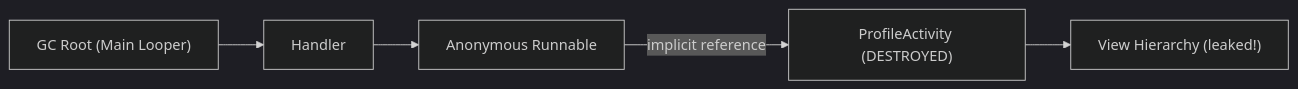
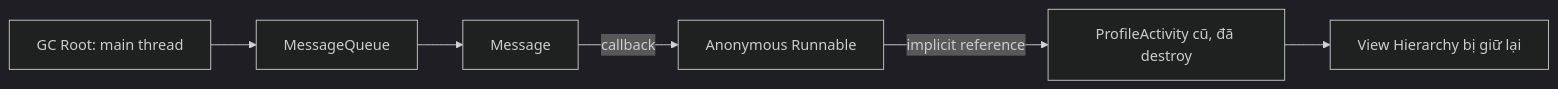
Before and after one commit to h1eu/knowledge: the third of 4 diagrams in knowledge/android/docs/session_01/languages/java_android.md, drawn with Mermaid (dark theme). The commit also changed other lines of this file and 80 other files, not shown here.

First line of the commit message:
docs(android): rewrite Session 01, add Claude Code config and diagrams

````diff
--- a/knowledge/android/docs/session_01/languages/java_android.md
+++ b/knowledge/android/docs/session_01/languages/java_android.md
@@ -262,7 +272,8 @@
 ```mermaid
 flowchart LR
-    GCRoot["GC Root (Main Looper)"] --> Handler
-    Handler --> Runnable["Anonymous Runnable"]
-    Runnable -->|implicit reference| Activity["ProfileActivity (DESTROYED)"]
-    Activity --> Views["View Hierarchy (leaked!)"]
+    GCRoot["GC Root: main thread"] --> Queue["MessageQueue"]
+    Queue --> Msg["Message"]
+    Msg -->|callback| Runnable["Anonymous Runnable"]
+    Runnable -->|implicit reference| Activity["ProfileActivity cũ, đã destroy"]
+    Activity --> Views["View Hierarchy bị giữ lại"]
 ```
````
